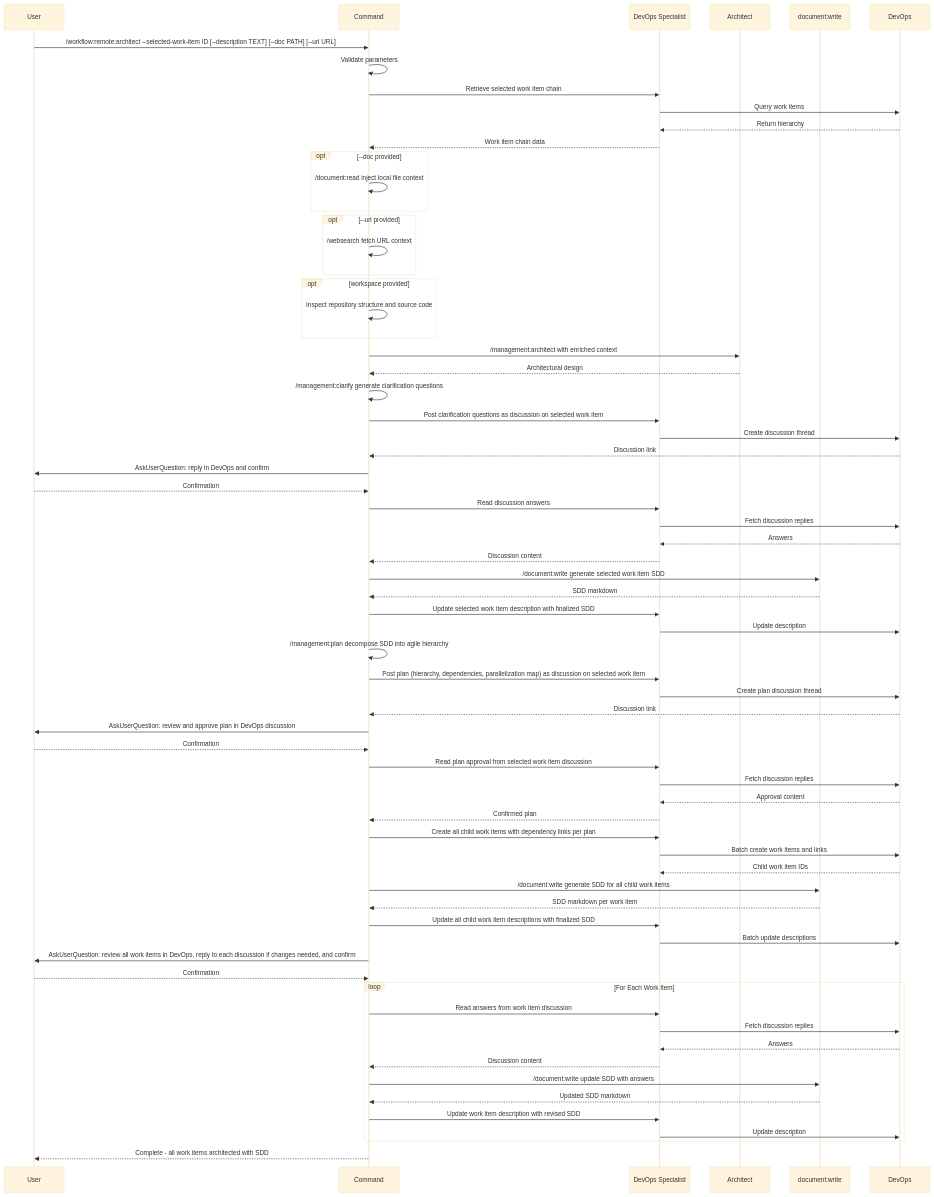
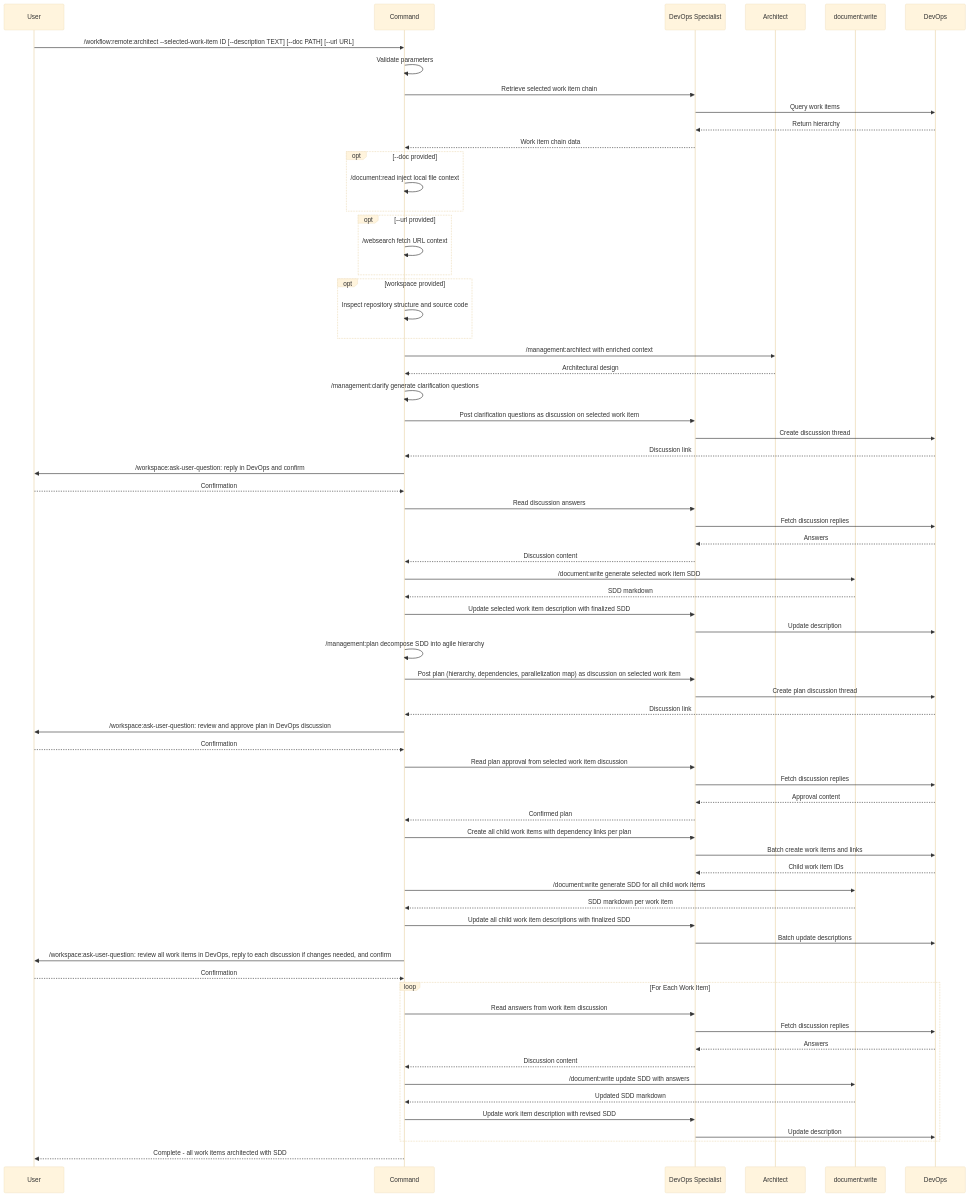
Before and after one commit to zzaia/zzaia-agentic-workspace: the diagram in .claude/commands/workflow/remote/architect.md, drawn with Mermaid (base theme). The commit also changed other lines of this file and 6 other files, not shown here.

Commit message:
Change the use of AskUserQuestion to new command;

````diff
--- a/.claude/commands/workflow/remote/architect.md
+++ b/.claude/commands/workflow/remote/architect.md
@@ -75,71 +75,71 @@
 ```mermaid
 sequenceDiagram
     participant U as User
     participant C as Command
     participant WM as DevOps Specialist
     participant AR as Architect
     participant DW as document:write
     participant D as DevOps
 
     U->>C: /workflow:remote:architect --selected-work-item ID [--description TEXT] [--doc PATH] [--url URL]
     C->>C: Validate parameters
     C->>WM: Retrieve selected work item chain
     WM->>D: Query work items
     D-->>WM: Return hierarchy
     WM-->>C: Work item chain data
     opt --doc provided
         C->>C: /document:read inject local file context
     end
     opt --url provided
         C->>C: /websearch fetch URL context
     end
     opt workspace provided
         C->>C: Inspect repository structure and source code
     end
     C->>AR: /management:architect with enriched context
     AR-->>C: Architectural design
     C->>C: /management:clarify generate clarification questions
     C->>WM: Post clarification questions as discussion on selected work item
     WM->>D: Create discussion thread
     D-->>C: Discussion link
-    C->>U: AskUserQuestion: reply in DevOps and confirm
+    C->>U: /workspace:ask-user-question: reply in DevOps and confirm
     U-->>C: Confirmation
     C->>WM: Read discussion answers
     WM->>D: Fetch discussion replies
     D-->>WM: Answers
     WM-->>C: Discussion content
     C->>DW: /document:write generate selected work item SDD
     DW-->>C: SDD markdown
     C->>WM: Update selected work item description with finalized SDD
     WM->>D: Update description
     C->>C: /management:plan decompose SDD into agile hierarchy
     C->>WM: Post plan (hierarchy, dependencies, parallelization map) as discussion on selected work item
     WM->>D: Create plan discussion thread
     D-->>C: Discussion link
-    C->>U: AskUserQuestion: review and approve plan in DevOps discussion
+    C->>U: /workspace:ask-user-question: review and approve plan in DevOps discussion
     U-->>C: Confirmation
     C->>WM: Read plan approval from selected work item discussion
     WM->>D: Fetch discussion replies
     D-->>WM: Approval content
     WM-->>C: Confirmed plan
     C->>WM: Create all child work items with dependency links per plan
     WM->>D: Batch create work items and links
     D-->>WM: Child work item IDs
     C->>DW: /document:write generate SDD for all child work items
     DW-->>C: SDD markdown per work item
     C->>WM: Update all child work item descriptions with finalized SDD
     WM->>D: Batch update descriptions
-    C->>U: AskUserQuestion: review all work items in DevOps, reply to each discussion if changes needed, and confirm
+    C->>U: /workspace:ask-user-question: review all work items in DevOps, reply to each discussion if changes needed, and confirm
     U-->>C: Confirmation
     loop For Each Work Item
         C->>WM: Read answers from work item discussion
         WM->>D: Fetch discussion replies
         D-->>WM: Answers
         WM-->>C: Discussion content
         C->>DW: /document:write update SDD with answers
         DW-->>C: Updated SDD markdown
         C->>WM: Update work item description with revised SDD
         WM->>D: Update description
     end
     C-->>U: Complete - all work items architected with SDD
 ```
````
